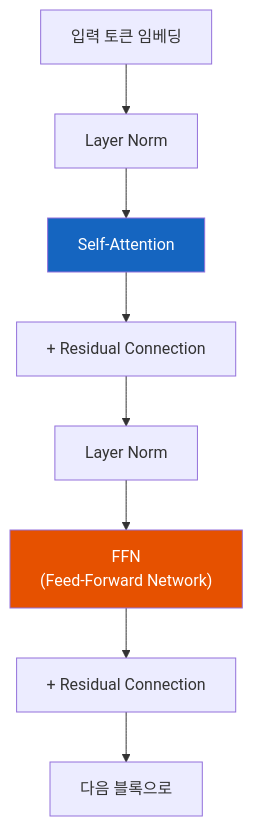
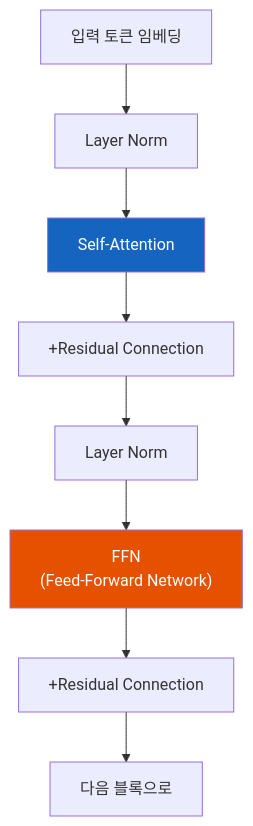
One commit to sskim91/TIL changed the second of 5 diagrams in ai/LLM의-Mixture-of-Experts-적은-연산으로-거대한-모델을-돌리는-비결.md. Above: the diagram before and after it, drawn with Mermaid. The commit also changed other lines of this file, not shown here.

First line of the commit message:
📝 Fix mermaid rendering and improve MoE TIL document

````diff
--- a/ai/LLM의-Mixture-of-Experts-적은-연산으로-거대한-모델을-돌리는-비결.md
+++ b/ai/LLM의-Mixture-of-Experts-적은-연산으로-거대한-모델을-돌리는-비결.md
@@ -68,13 +68,13 @@
 ```mermaid
 flowchart TD
     Input["입력 토큰 임베딩"] --> LN1["Layer Norm"]
     LN1 --> Attn["Self-Attention"]
-    Attn --> Add1["+ Residual Connection"]
+    Attn --> Add1["+Residual Connection"]
     Add1 --> LN2["Layer Norm"]
     LN2 --> FFN["FFN<br>(Feed-Forward Network)"]
-    FFN --> Add2["+ Residual Connection"]
+    FFN --> Add2["+Residual Connection"]
     Add2 --> Output["다음 블록으로"]
 
     style Attn fill:#1565C0,color:#fff
     style FFN fill:#E65100,color:#fff
 ```
````
